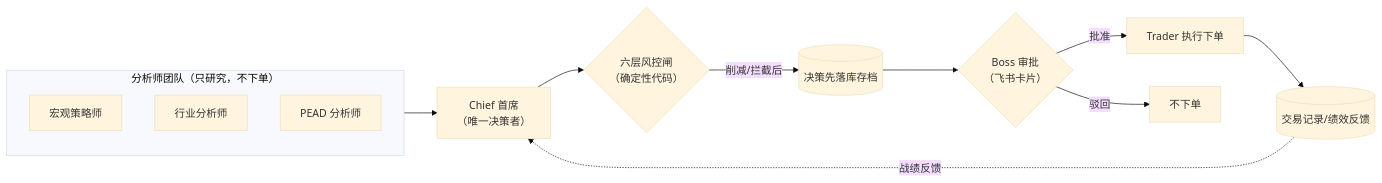
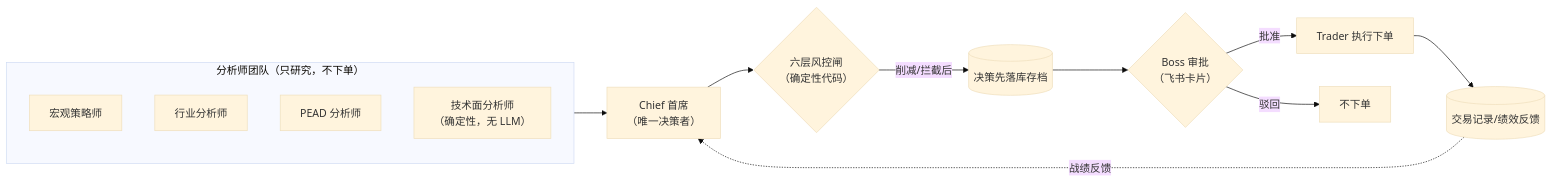
Before and after one commit to BradLeon/auto_stock_trading_agents: the first of 3 diagrams in README.md, drawn with Mermaid (base theme). The commit also changed other lines of this file and 5 other files, not shown here.

````diff
--- a/README.md
+++ b/README.md
@@ -64,16 +65,17 @@
 ```mermaid
 flowchart LR
     subgraph AN["分析师团队（只研究，不下单）"]
         MA[宏观策略师]
         SE[行业分析师]
         PE[PEAD 分析师]
+        TE["技术面分析师<br/>（确定性，无 LLM）"]
     end
     AN --> CH["Chief 首席<br/>（唯一决策者）"]
     CH --> RG{"六层风控闸<br/>（确定性代码）"}
     RG -->|"削减/拦截后"| PD[(决策先落库存档)]
     PD --> BR{"Boss 审批<br/>（飞书卡片）"}
     BR -->|批准| TR[Trader 执行下单]
     BR -->|驳回| NO[不下单]
     TR --> ML[(交易记录/绩效反馈)]
     ML -.战绩反馈.-> CH
 ```
````
